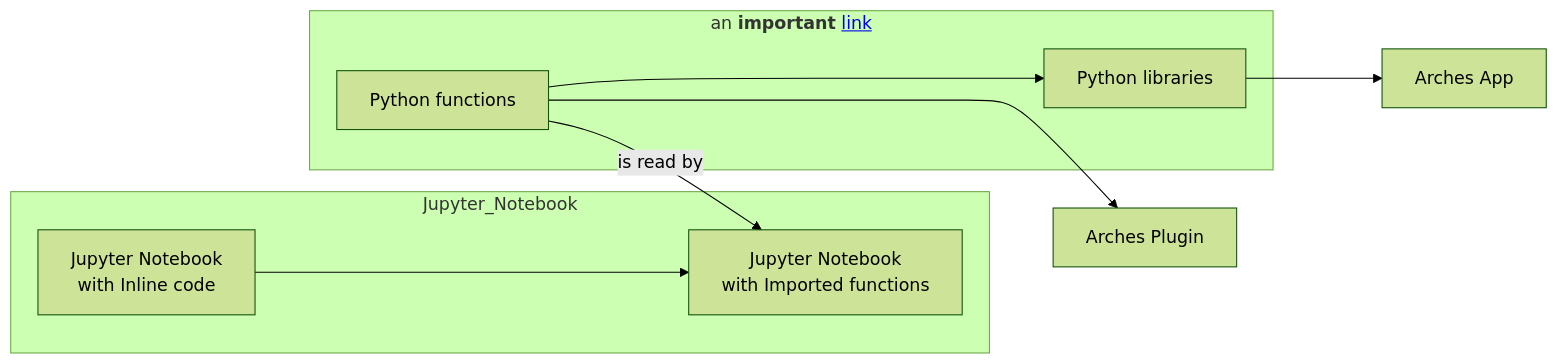
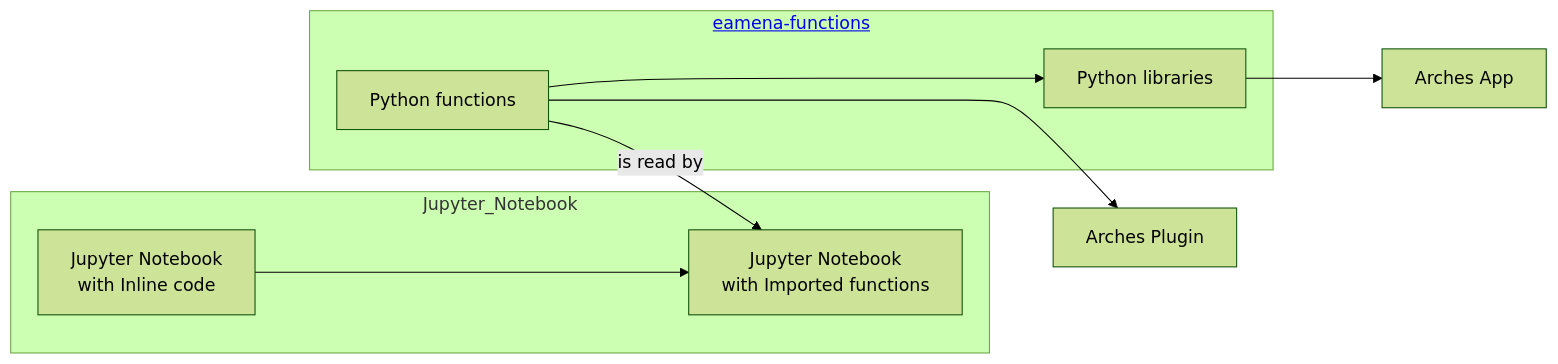
Before and after one commit to eamena-project/eamena-arches-dev: the second of 2 diagrams in talks/2025-eamena_db_training/README.md, drawn with Mermaid (forest theme).

````diff
--- a/talks/2025-eamena_db_training/README.md
+++ b/talks/2025-eamena_db_training/README.md
@@ -57,23 +57,23 @@
 ```mermaid
 flowchart LR
 	A[Jupyter Notebook<br>with Inline code] ---> B[Jupyter Notebook<br>with Imported functions]
 	C[Python functions] -- is read by --> B
 	C ---> D[Arches Plugin]
 	C ---> E[Python libraries]
 	E ---> F[Arches App]
 	subgraph Jupyter_Notebook
 		A;
 		B;
 	end
-	subgraph GitHub[an <b>important</b> <a href='http://google.com'>link</a>]
+	subgraph GitHub[<a href='https://github.com/eamena-project/eamena-functions'>eamena-functions</a>]
 		C;
 		E;
   	end
 
   click Jupyter_Notebook "https://github.com/eamena-project/eamena-functions" _blank
   click D "https://database.eamena.org/citations/" _blank
   click B "https://colab.research.google.com/github/eamena-project/eamena-arches-dev/blob/main/dbs/database.eamena/citation/citation_generator.ipynb" _blank
   click C "https://github.com/eamena-project/eamena-functions/blob/main/zenodo/zenodo.py" _blank
   
   
 ```
````
